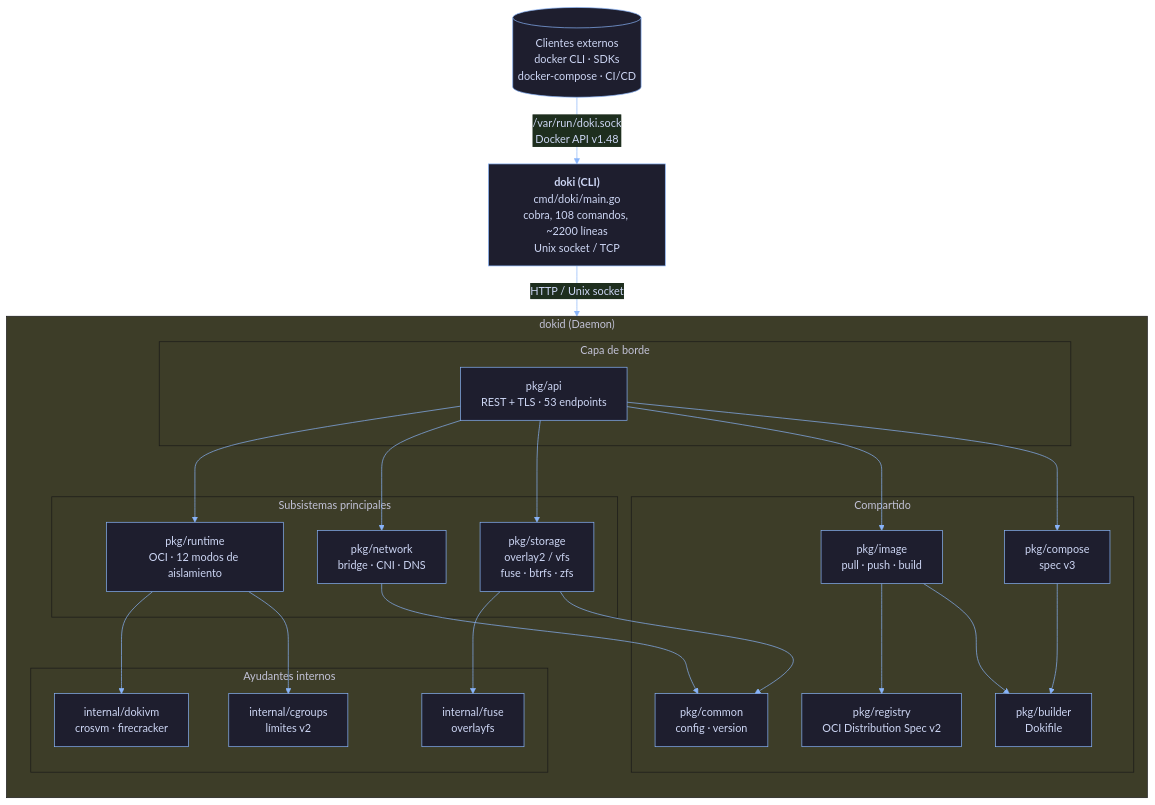
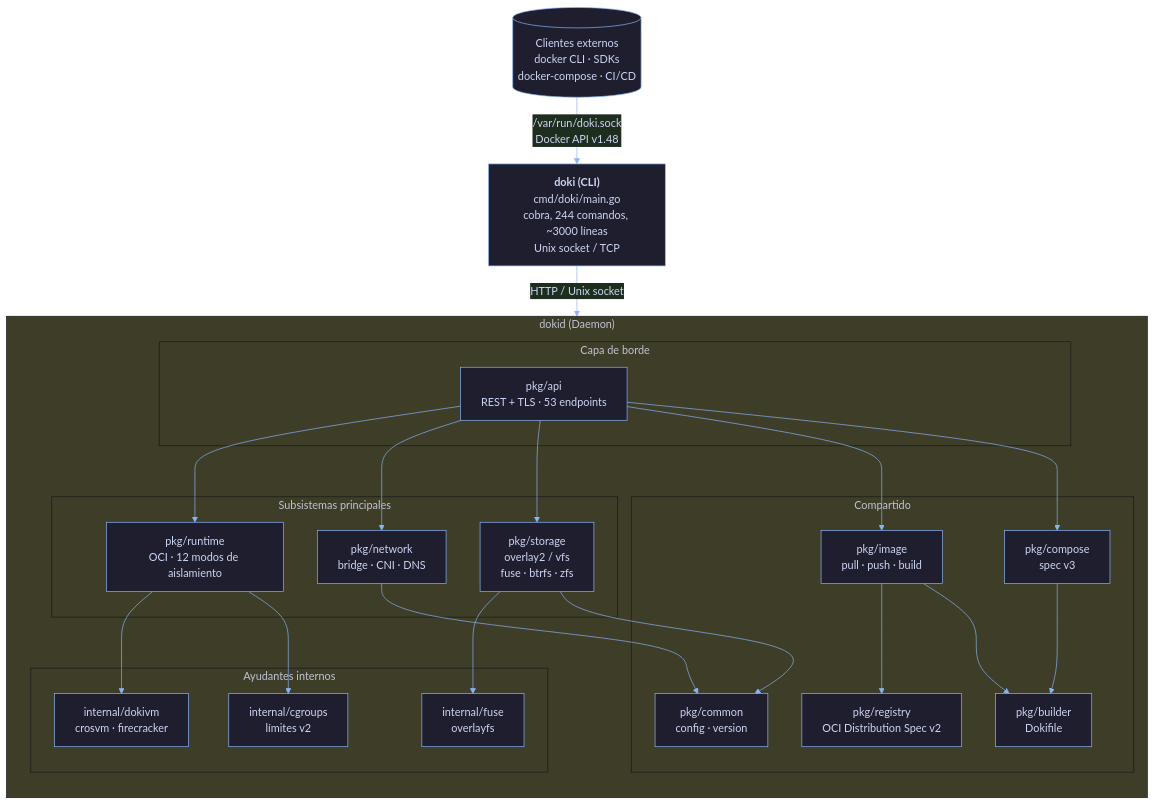
The first of 2 diagrams in .wiki/Architecture.es.md (OpceanAI/Doki), drawn with Mermaid before and after one commit. The commit also changed other lines of this file and 15 other files, not shown here.

````diff
--- a/.wiki/Architecture.es.md
+++ b/.wiki/Architecture.es.md
@@ -7,53 +7,53 @@
 ```mermaid
 %%{init: {'theme':'base', 'themeVariables':{'primaryColor':'#1e1e2e','primaryTextColor':'#cdd6f4','primaryBorderColor':'#89b4fa','lineColor':'#89b4fa','fontFamily':'ui-monospace,SFMono-Regular,Menlo,Monaco,monospace'}}}%%
 flowchart TB
-    CLI["<b>doki (CLI)</b><br/>cmd/doki/main.go<br/>cobra, 108 comandos, ~2200 líneas<br/>Unix socket / TCP"]
+    CLI["<b>doki (CLI)</b><br/>cmd/doki/main.go<br/>cobra, 244 comandos, ~3000 líneas<br/>Unix socket / TCP"]
     Client[("Clientes externos<br/>docker CLI · SDKs<br/>docker-compose · CI/CD")]
 
     subgraph Daemon ["dokid (Daemon)"]
         direction TB
 
         subgraph Edge ["Capa de borde"]
             API["pkg/api<br/>REST + TLS · 53 endpoints"]
         end
 
         subgraph Core ["Subsistemas principales"]
             Runtime["pkg/runtime<br/>OCI · 12 modos de aislamiento"]
             Network["pkg/network<br/>bridge · CNI · DNS"]
             Storage["pkg/storage<br/>overlay2 / vfs<br/>fuse · btrfs · zfs"]
         end
 
         subgraph Internal ["Ayudantes internos"]
             DokiVM["internal/dokivm<br/>crosvm · firecracker"]
             Fuse["internal/fuse<br/>overlayfs"]
             Cgroups["internal/cgroups<br/>límites v2"]
         end
 
         subgraph Shared ["Compartido"]
             Common["pkg/common<br/>config · version"]
             Image["pkg/image<br/>pull · push · build"]
             Registry["pkg/registry<br/>OCI Distribution Spec v2"]
             Compose["pkg/compose<br/>spec v3"]
             Builder["pkg/builder<br/>Dokifile"]
         end
     end
 
     Client -->|"/var/run/doki.sock<br/>Docker API v1.48"| CLI
     CLI -->|HTTP / Unix socket| API
 
     API --> Runtime
     API --> Network
     API --> Storage
     API --> Image
     API --> Compose
 
     Runtime --> DokiVM
     Storage --> Fuse
     Runtime --> Cgroups
     Network --> Common
     Storage --> Common
 
     Image --> Registry
     Image --> Builder
     Compose --> Builder
 ```
````
